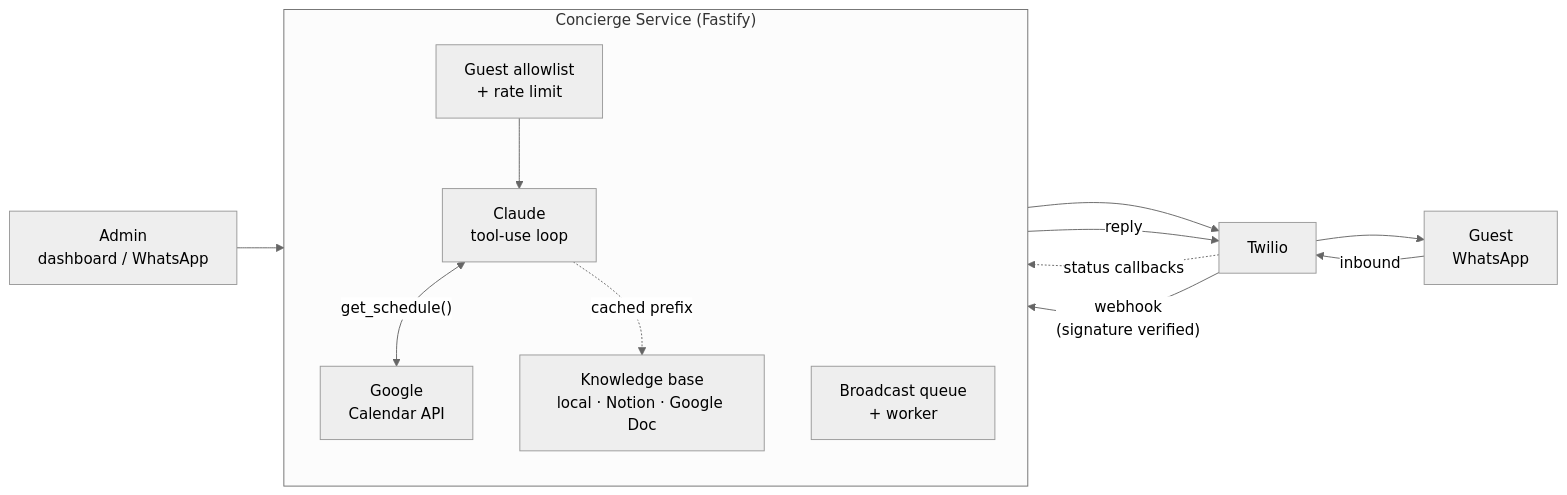
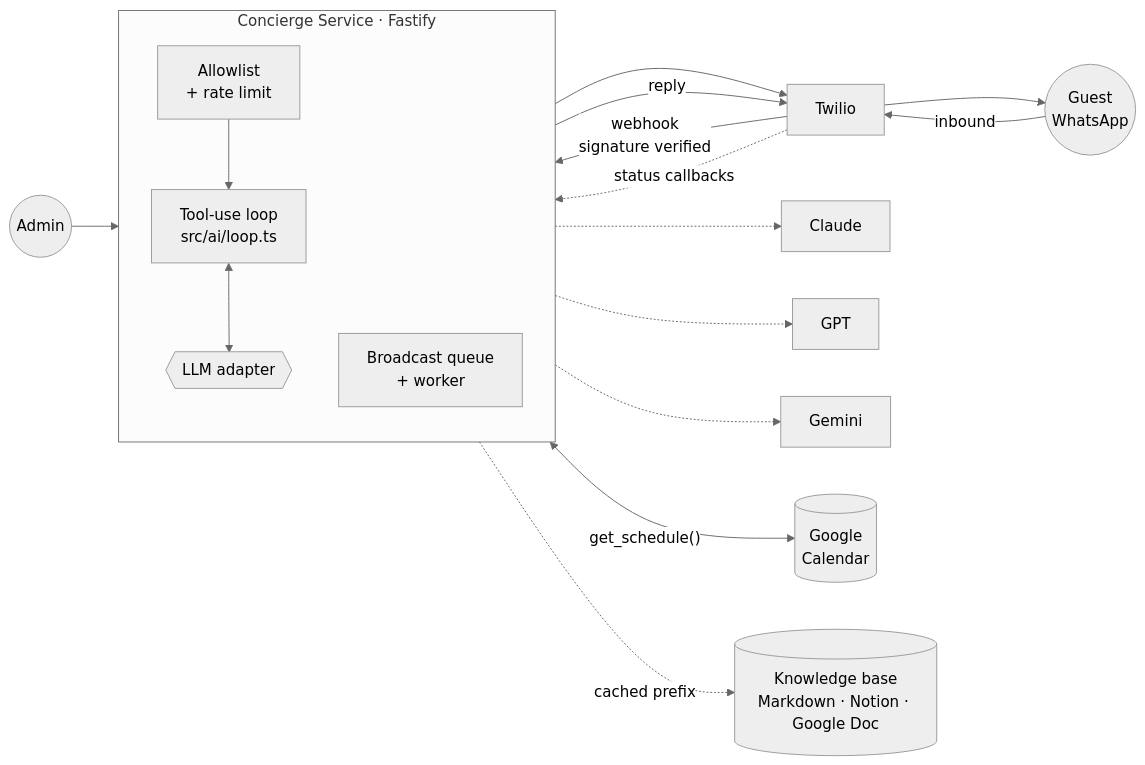
Before and after one commit to ilhanakbudak/whatsapp-guest-concierge: the first of 4 diagrams in README.md, drawn with Mermaid (neutral theme). The commit also changed other lines of this file and 4 other files, not shown here.

Commit message:
docs: rewrite readme with diagrams and architecture guide

````diff
--- a/README.md
+++ b/README.md
@@ -58,21 +111,25 @@
 ```mermaid
 flowchart LR
-    G["Guest<br/>WhatsApp"] -->|inbound| TW[Twilio]
-    TW -->|"webhook<br/>(signature verified)"| API
+    G(("Guest<br/>WhatsApp")) -->|inbound| TW[Twilio]
+    TW -->|"webhook<br/>signature verified"| GATE
 
-    subgraph API["Concierge Service (Fastify)"]
+    subgraph SVC["Concierge Service · Fastify"]
         direction TB
-        AL["Guest allowlist<br/>+ rate limit"] --> AI
-        AI["Claude<br/>tool-use loop"]
-        AI <-->|"get_schedule()"| CAL
-        AI -.->|cached prefix| KB
+        GATE["Allowlist<br/>+ rate limit"] --> LOOP
+        LOOP["Tool-use loop<br/>src/ai/loop.ts"]
+        LOOP <--> ADAPT
+        ADAPT{{"LLM adapter"}}
         BQ["Broadcast queue<br/>+ worker"]
     end
 
-    CAL["Google<br/>Calendar API"]
-    KB["Knowledge base<br/>local · Notion · Google Doc"]
+    ADAPT -.-> AN["Claude"]
+    ADAPT -.-> OA["GPT"]
+    ADAPT -.-> GE["Gemini"]
 
-    API -->|reply| TW --> G
-    ADMIN["Admin<br/>dashboard / WhatsApp"] --> BQ --> TW
+    LOOP <-->|"get_schedule()"| CAL[("Google<br/>Calendar")]
+    LOOP -.->|cached prefix| KB[("Knowledge base<br/>Markdown · Notion · Google Doc")]
+
+    SVC -->|reply| TW --> G
+    ADMIN(("Admin")) --> BQ --> TW
     TW -.->|status callbacks| BQ
 ```
````
